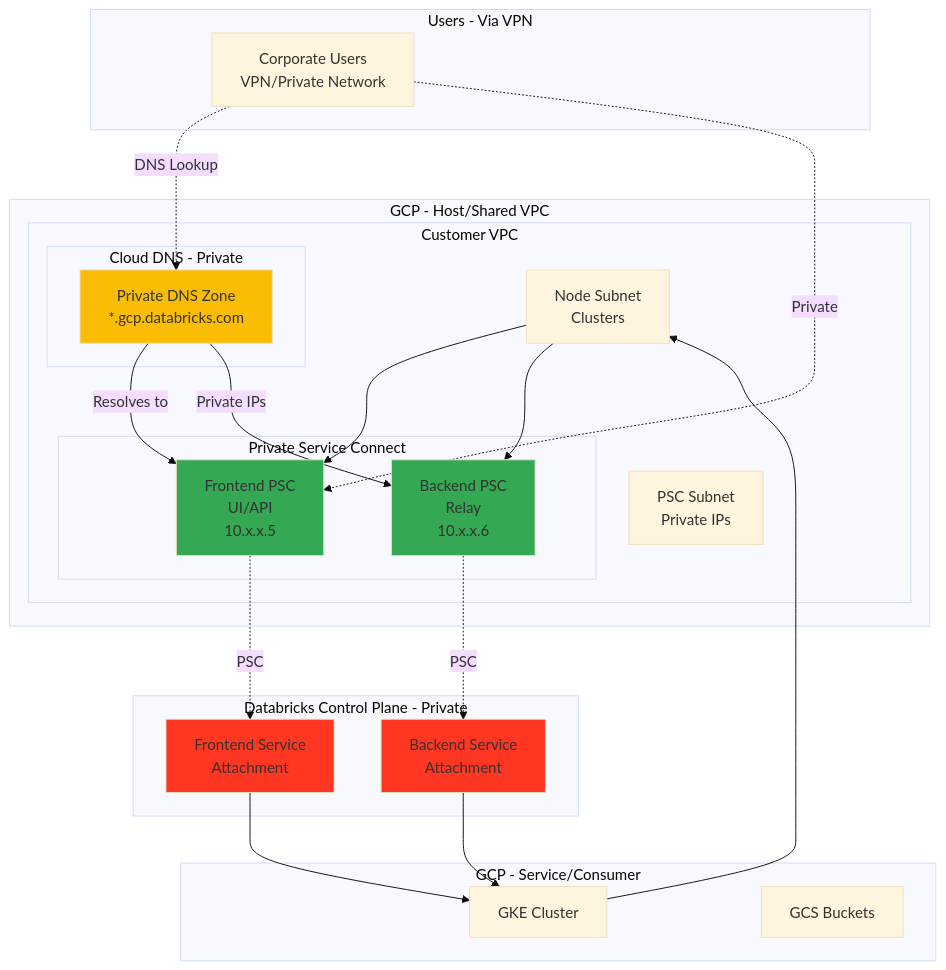
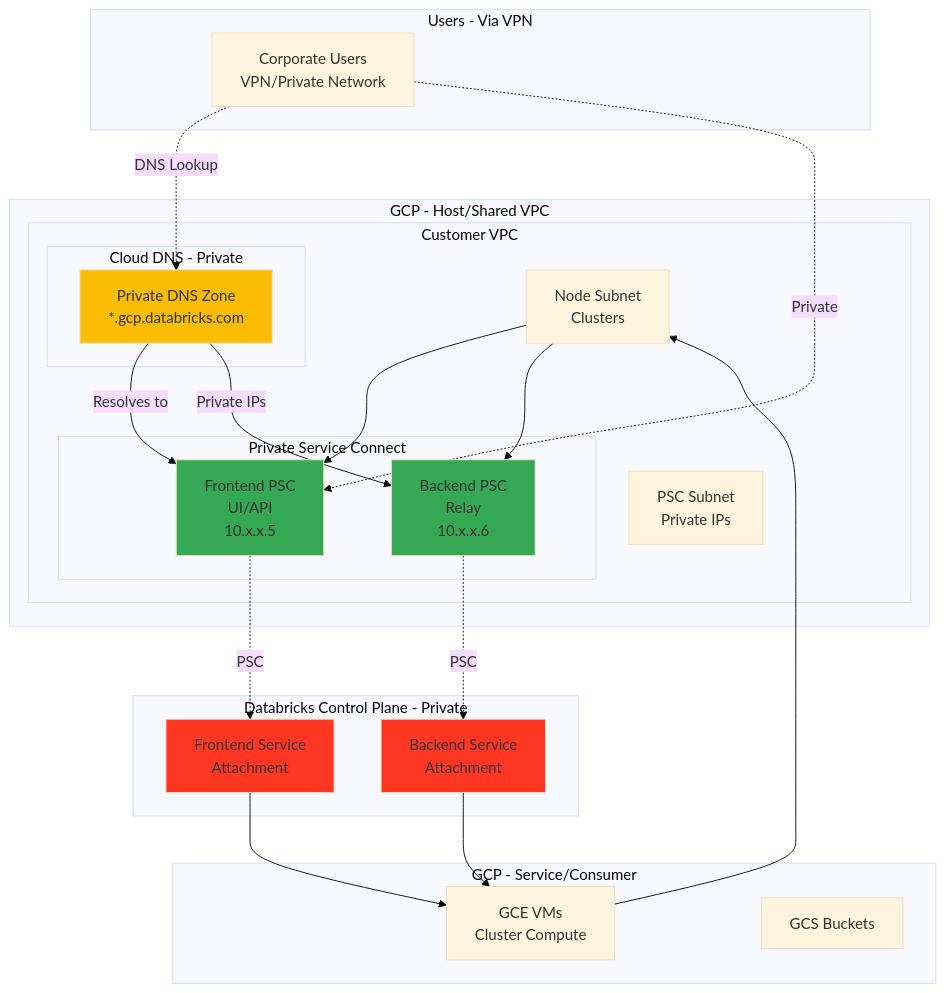
The sixth of 15 diagrams in gcpdb4u/templates/terraform-scripts/readme.md (bhavink/databricks), drawn with Mermaid (base theme) before and after one commit. The commit also changed other lines of this file and 11 other files, not shown here.

First line of the commit message:
docs(gcpdb4u): remove GKE refs; classic compute is now GCE-based

````diff
--- a/gcpdb4u/templates/terraform-scripts/readme.md
+++ b/gcpdb4u/templates/terraform-scripts/readme.md
@@ -327,51 +327,51 @@
 ```mermaid
 graph TB
     subgraph "GCP - Host/Shared VPC"
         subgraph "Customer VPC"
             NODE_SUB[Node Subnet<br/>Clusters]
             PSC_SUB[PSC Subnet<br/>Private IPs]
 
             subgraph "Private Service Connect"
                 FE_EP[Frontend PSC<br/>UI/API<br/>10.x.x.5]
                 BE_EP[Backend PSC<br/>Relay<br/>10.x.x.6]
             end
 
             subgraph "Cloud DNS - Private"
                 DNS[Private DNS Zone<br/>*.gcp.databricks.com]
             end
         end
     end
 
     subgraph "GCP - Service/Consumer"
-        GKE[GKE Cluster]
+        GCE[GCE VMs<br/>Cluster Compute]
         GCS[GCS Buckets]
     end
 
     subgraph "Databricks Control Plane - Private"
         FE_SA[Frontend Service<br/>Attachment]
         BE_SA[Backend Service<br/>Attachment]
     end
 
     subgraph "Users - Via VPN"
         VPN_USER[Corporate Users<br/>VPN/Private Network]
     end
 
     NODE_SUB --> FE_EP
     NODE_SUB --> BE_EP
     FE_EP -.PSC.-> FE_SA
     BE_EP -.PSC.-> BE_SA
-    FE_SA --> GKE
-    BE_SA --> GKE
-    GKE --> NODE_SUB
+    FE_SA --> GCE
+    BE_SA --> GCE
+    GCE --> NODE_SUB
 
     DNS -->|Resolves to| FE_EP
     DNS -->|Private IPs| BE_EP
     VPN_USER -.DNS Lookup.-> DNS
     VPN_USER -.Private.-> FE_EP
 
     style FE_SA fill:#FF3621
     style BE_SA fill:#FF3621
     style DNS fill:#FBBC04
     style FE_EP fill:#34A853
     style BE_EP fill:#34A853
 ```
````
